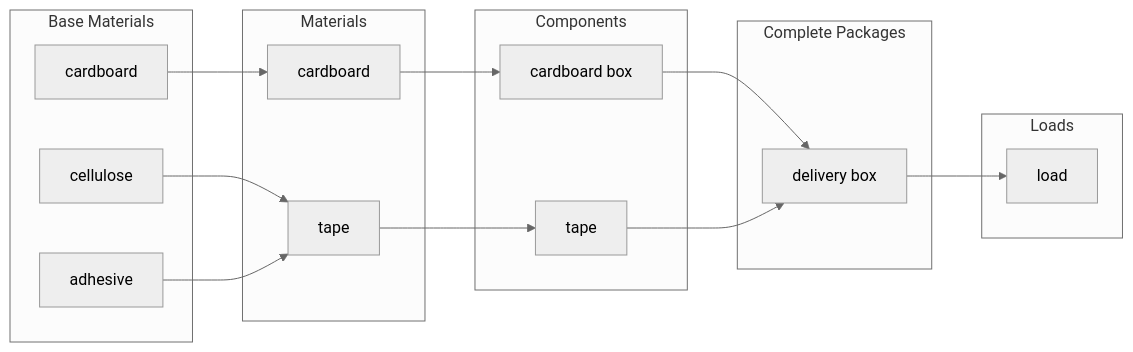
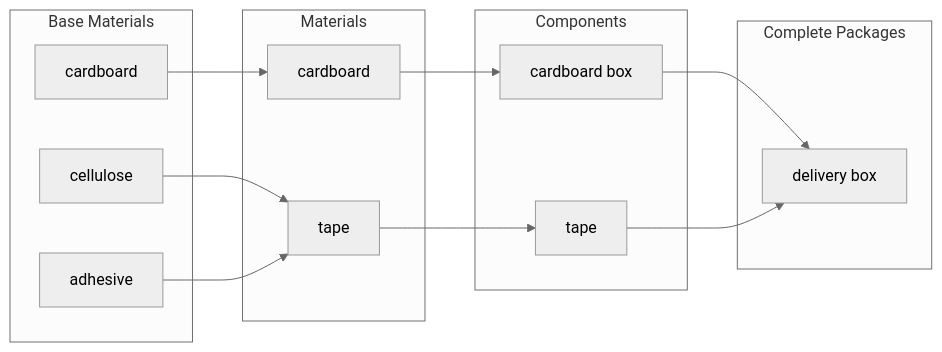
One commit to OpenDataManchester/Open3P changed the third of 8 diagrams in docs/1_Start_Here/1_3_Data_Flow.md. Above: the diagram before and after it, drawn with Mermaid (neutral theme). The commit also changed other lines of this file, not shown here.

Commit message:
Improved Data Flow page

````diff
--- a/docs/1_Start_Here/1_3_Data_Flow.md
+++ b/docs/1_Start_Here/1_3_Data_Flow.md
@@ -66,30 +62,26 @@
 ``` mermaid
 flowchart LR
     subgraph baseMaterials[Base Materials]
         bm_cellulose[cellulose]
         bm_adhesive[adhesive]
         bm_cardboard[cardboard]
     end
     subgraph materials[Materials]
         ma_tape[tape]
         ma_cardboard[cardboard]
     end
     subgraph components[Components]
         co_cardboard[cardboard box]
         co_tape[tape]
     end
     subgraph completePackages[Complete Packages]
         cp_cardboard[delivery box]
     end
-    subgraph loads[Loads]
-        lo_example[load]
-    end
     bm_cellulose --> ma_tape
     bm_adhesive --> ma_tape
     bm_cardboard --> ma_cardboard
     ma_tape --> co_tape
     ma_cardboard --> co_cardboard
     co_cardboard --> cp_cardboard
     co_tape --> cp_cardboard
-    cp_cardboard --> lo_example
 ```
````
